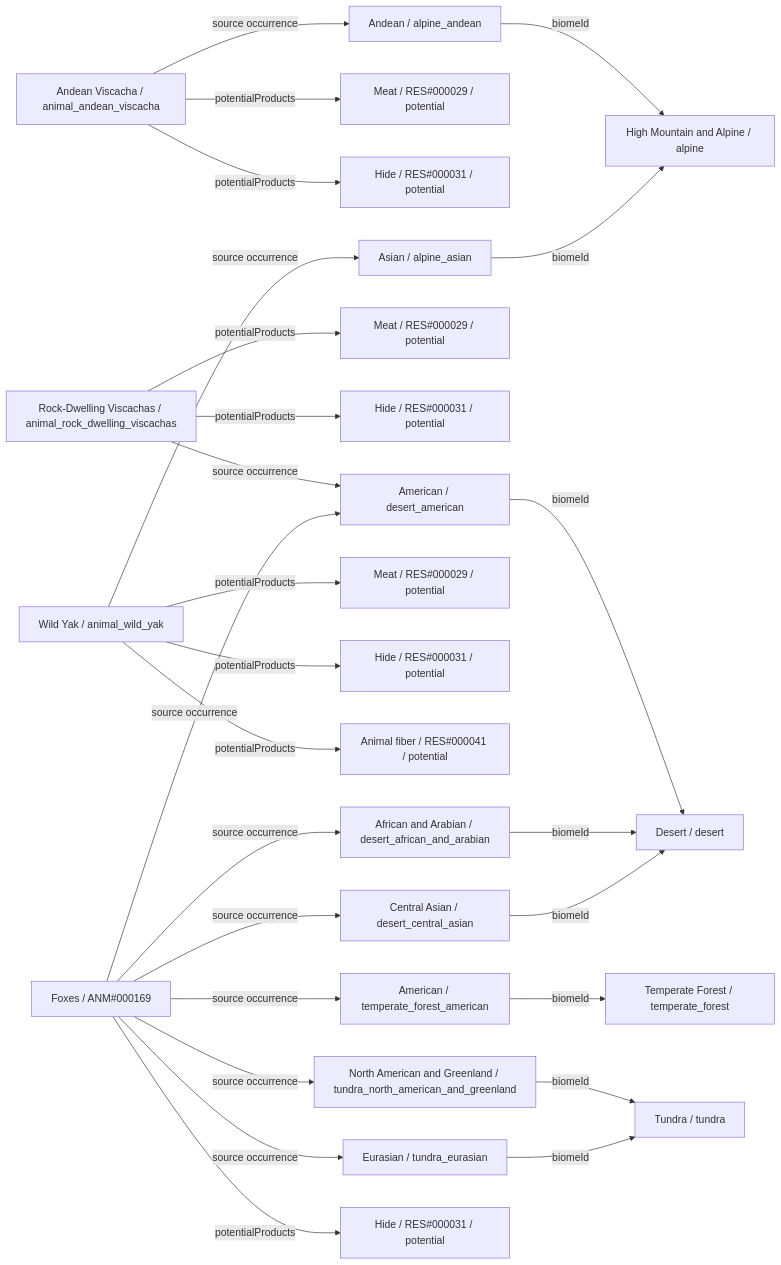
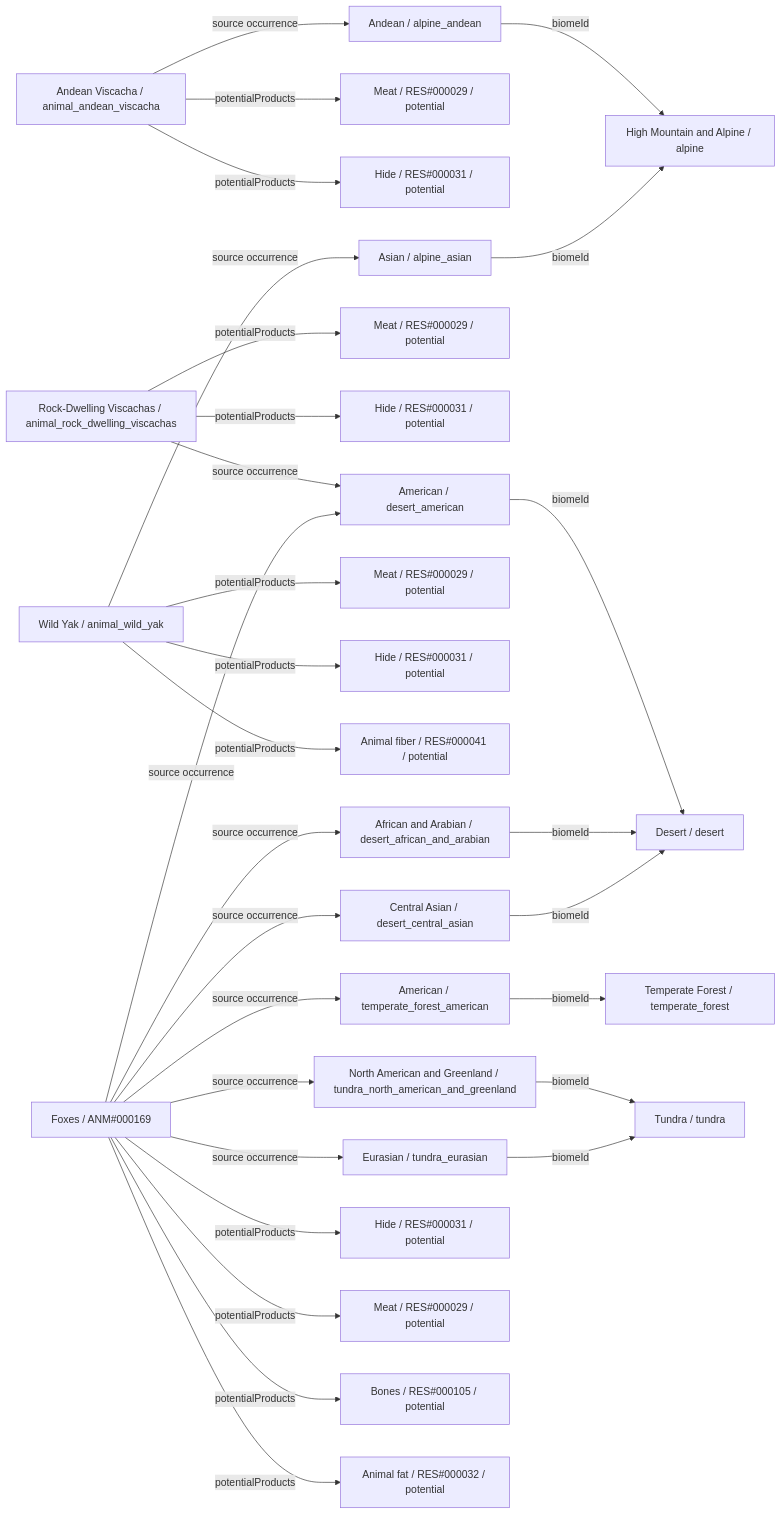
Before and after one commit to fgabo404/EvolveDoc: diagram 24 of 26 in data/animals/DIAGRAMS.md, drawn with Mermaid. The commit also changed 29 other files, not shown here.

````diff
--- a/data/animals/DIAGRAMS.md
+++ b/data/animals/DIAGRAMS.md
@@ -1157,52 +1157,58 @@
 ```mermaid
 flowchart LR
     c0["Andean Viscacha / animal_andean_viscacha"]
     v23["Andean / alpine_andean"]
     b6["High Mountain and Alpine / alpine"]
     o0_0["Meat / RES#000029 / potential"]
     o0_1["Hide / RES#000031 / potential"]
     c1["Rock-Dwelling Viscachas / animal_rock_dwelling_viscachas"]
     v15["American / desert_american"]
     b4["Desert / desert"]
     o1_0["Meat / RES#000029 / potential"]
     o1_1["Hide / RES#000031 / potential"]
     c2["Wild Yak / animal_wild_yak"]
     v24["Asian / alpine_asian"]
     o2_0["Meat / RES#000029 / potential"]
     o2_1["Hide / RES#000031 / potential"]
     o2_2["Animal fiber / RES#000041 / potential"]
     c3["Foxes / ANM#000169"]
     v5["American / temperate_forest_american"]
     b1["Temperate Forest / temperate_forest"]
     v8["North American and Greenland / tundra_north_american_and_greenland"]
     b2["Tundra / tundra"]
     v9["Eurasian / tundra_eurasian"]
     v16["African and Arabian / desert_african_and_arabian"]
     v17["Central Asian / desert_central_asian"]
     o3_0["Hide / RES#000031 / potential"]
+    o3_1["Meat / RES#000029 / potential"]
+    o3_2["Bones / RES#000105 / potential"]
+    o3_3["Animal fat / RES#000032 / potential"]
     c0 -->|potentialProducts| o0_0
     c0 -->|potentialProducts| o0_1
     c0 -->|source occurrence| v23
     c1 -->|potentialProducts| o1_0
     c1 -->|potentialProducts| o1_1
     c1 -->|source occurrence| v15
     c2 -->|potentialProducts| o2_0
     c2 -->|potentialProducts| o2_1
     c2 -->|potentialProducts| o2_2
     c2 -->|source occurrence| v24
     c3 -->|potentialProducts| o3_0
+    c3 -->|potentialProducts| o3_1
+    c3 -->|potentialProducts| o3_2
+    c3 -->|potentialProducts| o3_3
     c3 -->|source occurrence| v15
     c3 -->|source occurrence| v16
     c3 -->|source occurrence| v17
     c3 -->|source occurrence| v5
     c3 -->|source occurrence| v8
     c3 -->|source occurrence| v9
     v15 -->|biomeId| b4
     v16 -->|biomeId| b4
     v17 -->|biomeId| b4
     v23 -->|biomeId| b6
     v24 -->|biomeId| b6
     v5 -->|biomeId| b1
     v8 -->|biomeId| b2
     v9 -->|biomeId| b2
 ```
````
